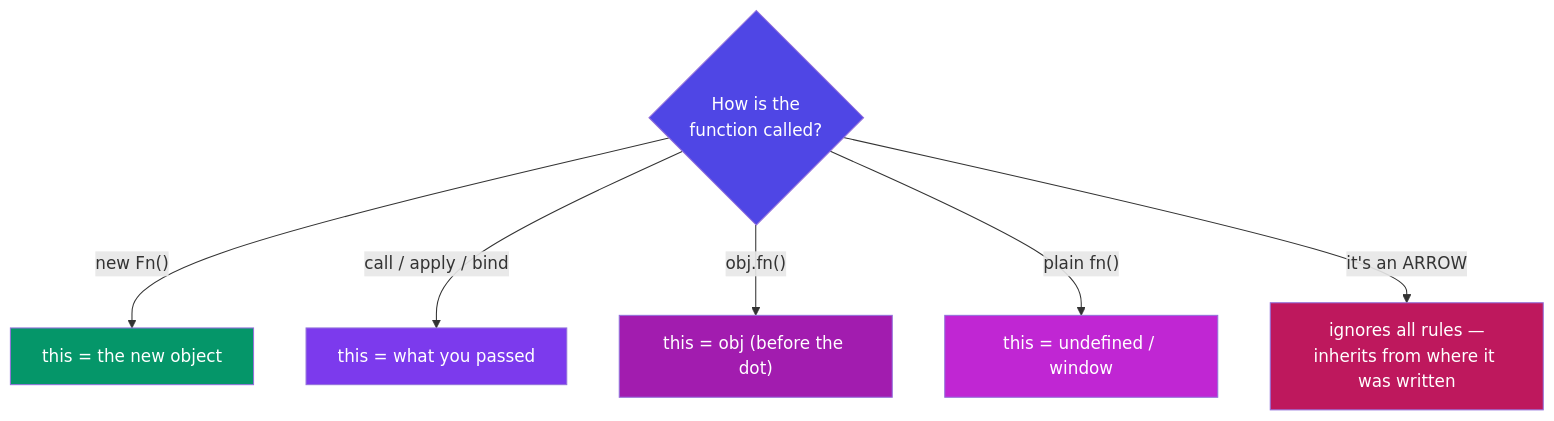
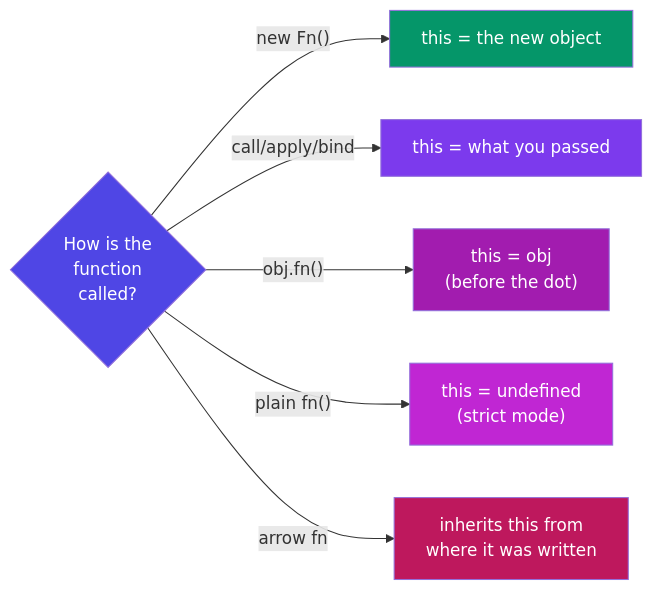
The ninth of 15 diagrams in 50-Day-Challenge/Phase-4-5-JavaScript-Notes.md (nikhilvanama/Learning_Plan), drawn with Mermaid before and after one commit. The commit also changed other lines of this file and 4 other files, not shown here.

````diff
--- a/50-Day-Challenge/Phase-4-5-JavaScript-Notes.md
+++ b/50-Day-Challenge/Phase-4-5-JavaScript-Notes.md
@@ -1224,14 +1316,14 @@
 ```mermaid
-graph TD
-    Q{"How is the<br/>function called?"} -->|"new Fn()"| R1["this = the new object"]
-    Q -->|"call / apply / bind"| R2["this = what you passed"]
-    Q -->|"obj.fn()"| R3["this = obj (before the dot)"]
-    Q -->|"plain fn()"| R4["this = undefined / window"]
-    Q -->|"it's an ARROW"| R5["ignores all rules —<br/>inherits from where it was written"]
+graph LR
+    Q{"How is the<br/>function<br/>called?"} -->|"new Fn()"| R1["this = the new object"]
+    Q -->|"call/apply/bind"| R2["this = what you passed"]
+    Q -->|"obj.fn()"| R3["this = obj<br/>(before the dot)"]
+    Q -->|"plain fn()"| R4["this = undefined<br/>(strict mode)"]
+    Q -->|"arrow fn"| R5["inherits this from<br/>where it was written"]
     style Q fill:#4f46e5,color:#fff
     style R1 fill:#059669,color:#fff
     style R2 fill:#7c3aed,color:#fff
     style R3 fill:#a21caf,color:#fff
     style R4 fill:#c026d3,color:#fff
     style R5 fill:#be185d,color:#fff
 ```
````
